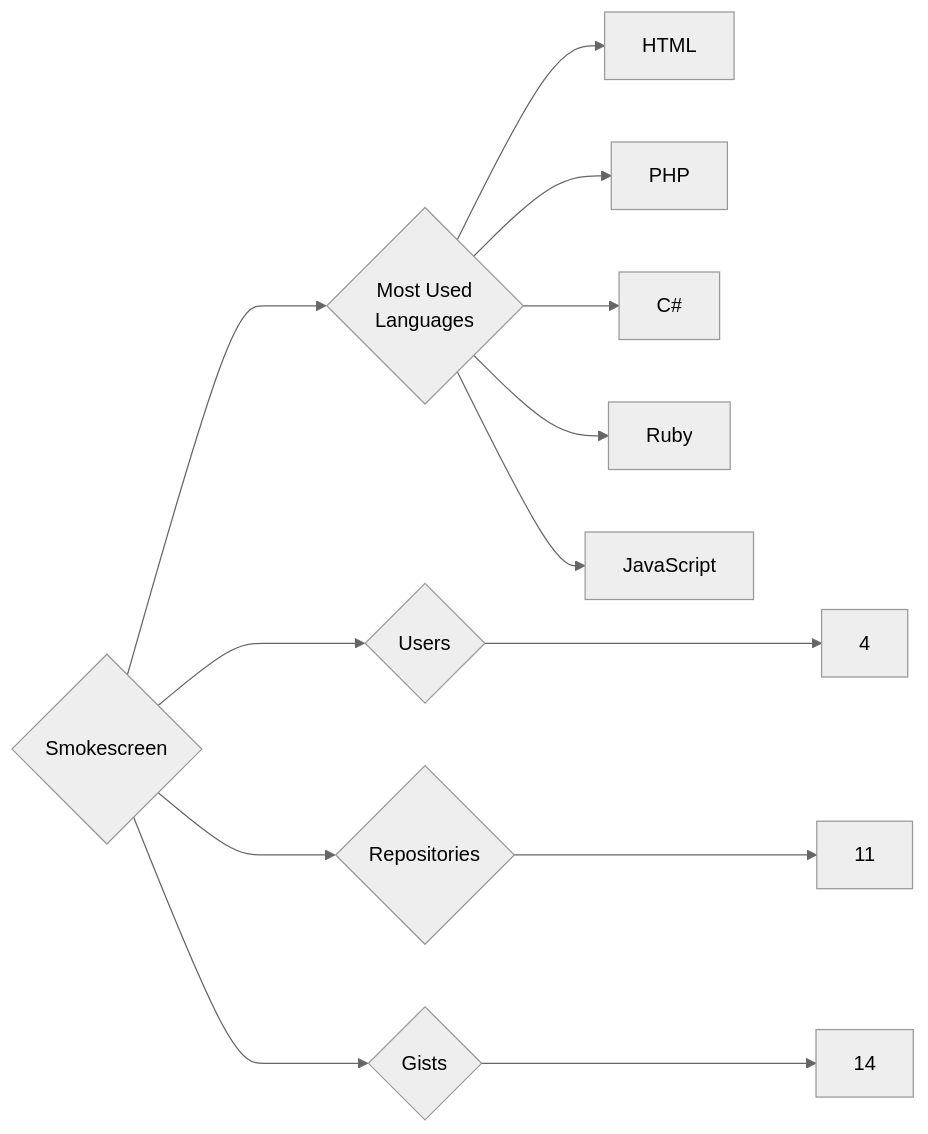
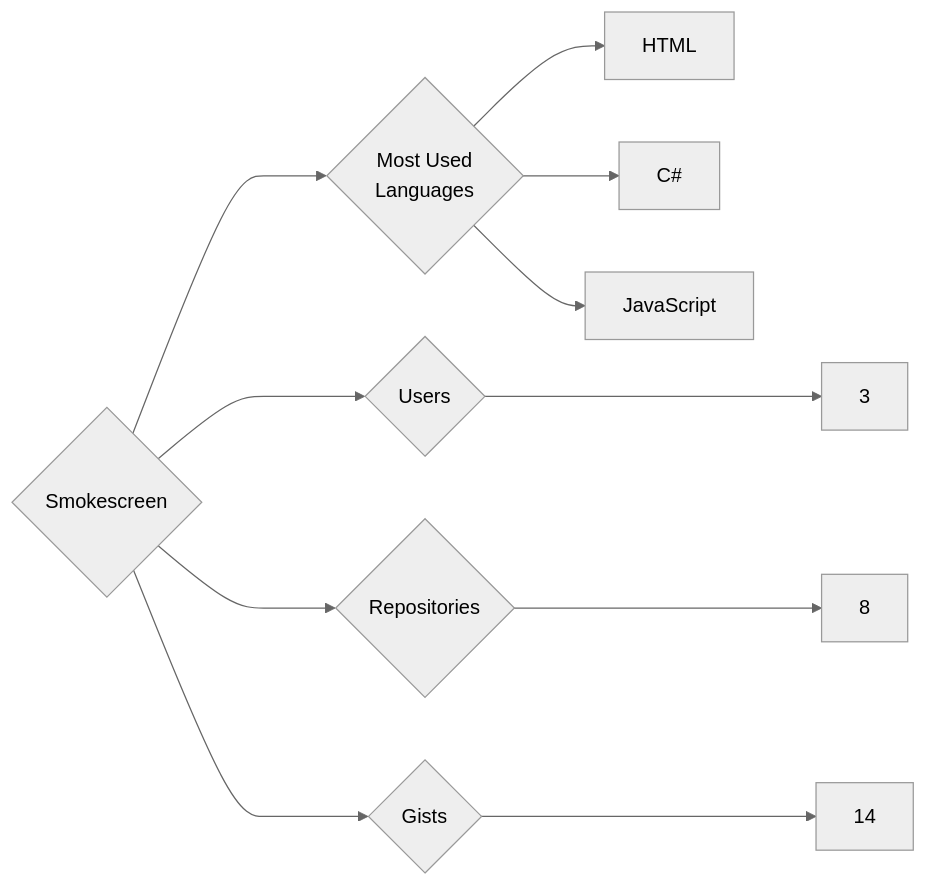
The diagram in targets/Smokescreen/README.md (trickest/insiders), drawn with Mermaid (neutral theme) before and after one commit. The commit also changed 965 other files, not shown here.

````diff
--- a/targets/Smokescreen/README.md
+++ b/targets/Smokescreen/README.md
@@ -3,13 +3,11 @@
 ```mermaid
 graph LR
 COMPANY_NAME{Smokescreen}
-COMPANY_NAME ---> U{Users} ---> UN[4]
-COMPANY_NAME ---> R{Repositories} ---> RN[11]
+COMPANY_NAME ---> U{Users} ---> UN[3]
+COMPANY_NAME ---> R{Repositories} ---> RN[8]
 COMPANY_NAME ---> G{Gists} ---> GN[14]
 COMPANY_NAME ---> ML{Most Used<br>Languages}
 ML --> HTML[HTML]
-ML --> PHP[PHP]
 ML --> C#[C#]
-ML --> Ruby[Ruby]
 ML --> JavaScript[JavaScript]
 ```
````
